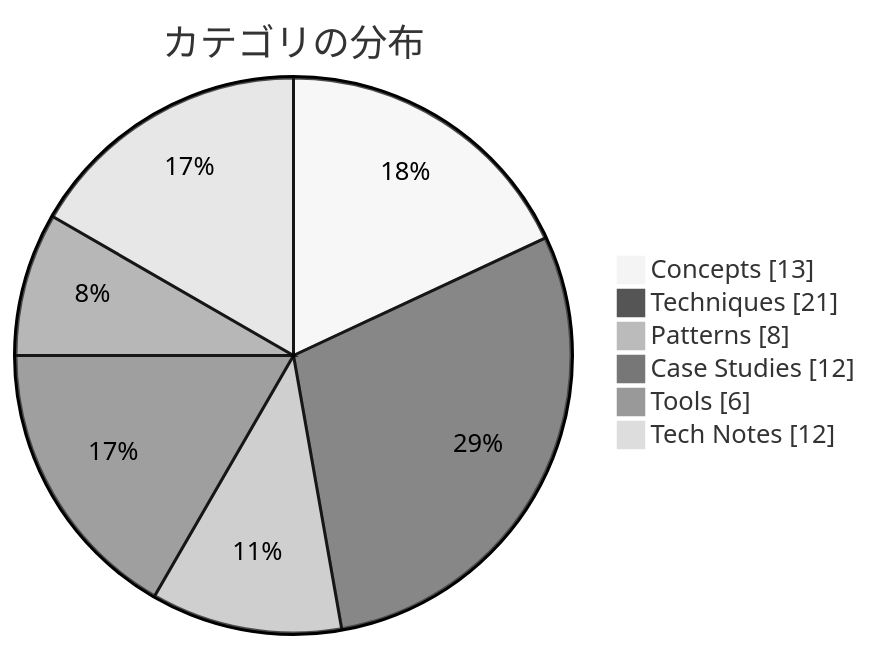
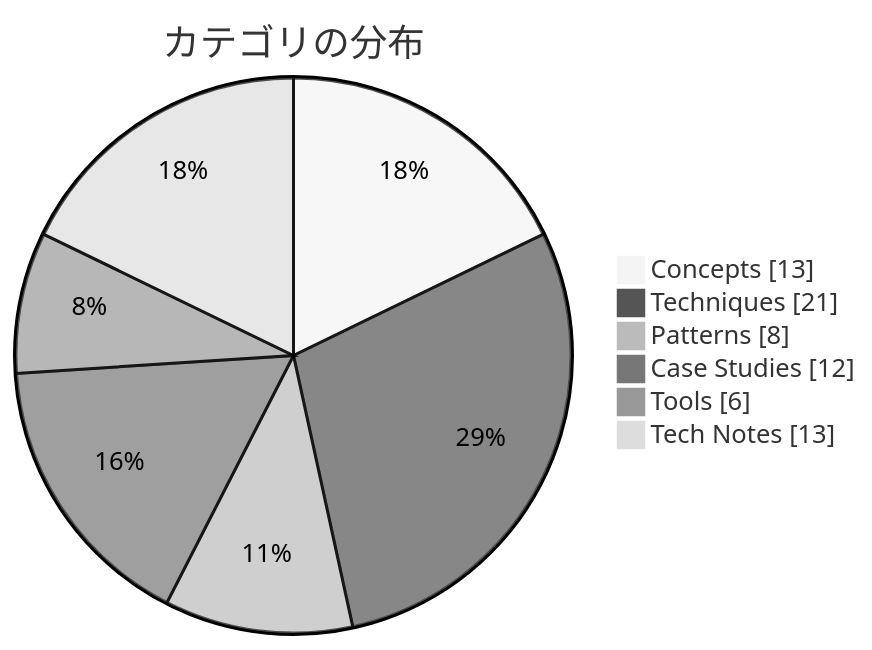
One commit to dinekt/dinekt-wiki changed the second of 2 diagrams in docs/index.md. Above: the diagram before and after it, drawn with Mermaid (neutral theme). The commit also changed other lines of this file and 6 other files, not shown here.

````diff
--- a/docs/index.md
+++ b/docs/index.md
@@ -37,9 +37,9 @@
 ```mermaid
 pie showData title カテゴリの分布
     "Concepts" : 13
     "Techniques" : 21
     "Patterns" : 8
     "Case Studies" : 12
     "Tools" : 6
-    "Tech Notes" : 12
+    "Tech Notes" : 13
 ```
````
